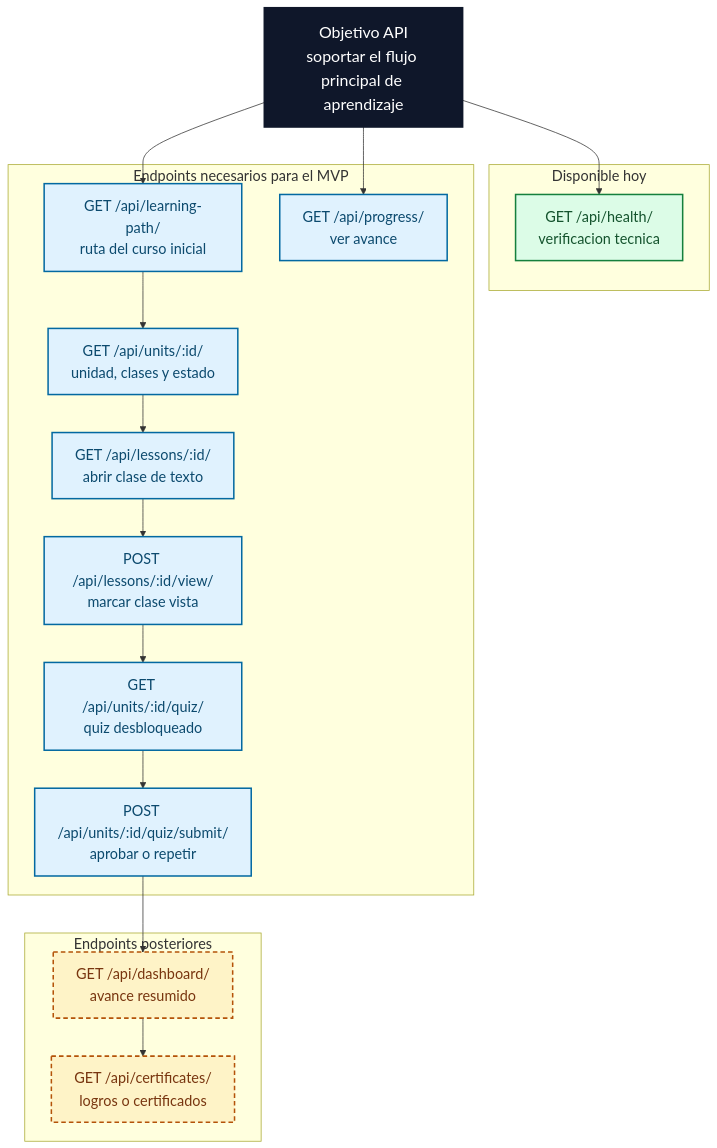
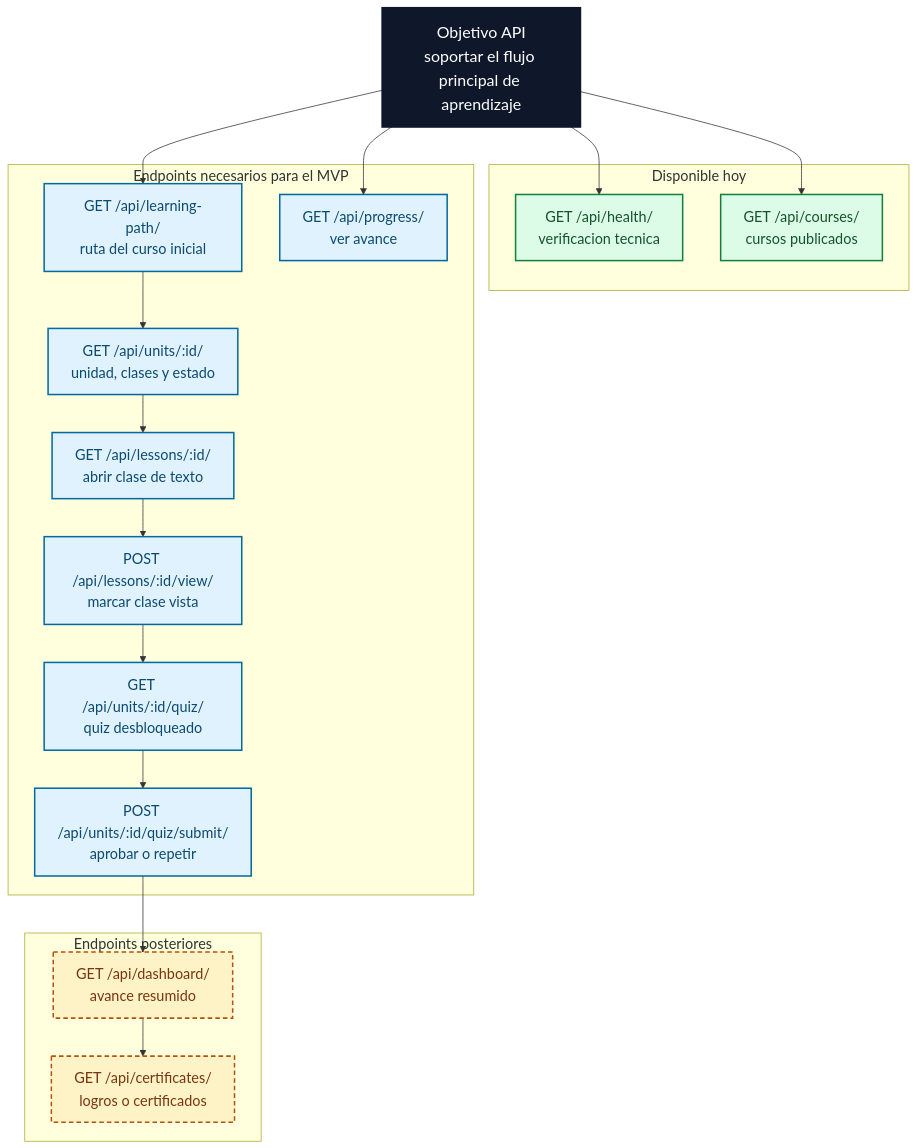
Before and after one commit to fcamusr/portafolio-e-learning-teologia: the fourth of 4 diagrams in docs/api/DIAGRAMS.md, drawn with Mermaid. The commit also changed other lines of this file and 34 other files, not shown here.

First line of the commit message:
feat: exponer cursos publicados y alinear documentacion

````diff
--- a/docs/api/DIAGRAMS.md
+++ b/docs/api/DIAGRAMS.md
@@ -115,39 +115,41 @@
 ```mermaid
 %%{init: {"themeVariables": {"fontSize": "19px", "fontFamily": "Arial"}}}%%
 flowchart TD
   Main["Objetivo API<br/>soportar el flujo principal de aprendizaje"]
 
   subgraph Current["Disponible hoy"]
     Health["GET /api/health/<br/>verificacion tecnica"]
+    Courses["GET /api/courses/<br/>cursos publicados"]
   end
 
   subgraph MVP["Endpoints necesarios para el MVP"]
     Path["GET /api/learning-path/<br/>ruta del curso inicial"]
     UnitDetail["GET /api/units/:id/<br/>unidad, clases y estado"]
     Lessons["GET /api/lessons/:id/<br/>abrir clase de texto"]
     ProgressRead["GET /api/progress/<br/>ver avance"]
     ProgressWrite["POST /api/lessons/:id/view/<br/>marcar clase vista"]
     QuizRead["GET /api/units/:id/quiz/<br/>quiz desbloqueado"]
     QuizSubmit["POST /api/units/:id/quiz/submit/<br/>aprobar o repetir"]
   end
 
   subgraph Future["Endpoints posteriores"]
     Dashboard["GET /api/dashboard/<br/>avance resumido"]
     Certificates["GET /api/certificates/<br/>logros o certificados"]
   end
 
   Main --> Health
+  Main --> Courses
   Main --> Path --> UnitDetail --> Lessons --> ProgressWrite --> QuizRead --> QuizSubmit
   Main --> ProgressRead
   QuizSubmit --> Dashboard --> Certificates
 
   classDef main fill:#0f172a,stroke:#0f172a,color:#ffffff,font-size:21px,stroke-width:3px
   classDef current fill:#dcfce7,stroke:#15803d,color:#14532d,font-size:19px,stroke-width:2px
   classDef mvp fill:#e0f2fe,stroke:#0369a1,color:#0c4a6e,font-size:19px,stroke-width:2px
   classDef future fill:#fef3c7,stroke:#b45309,color:#78350f,font-size:19px,stroke-width:2px,stroke-dasharray: 6 4
 
   class Main main
-  class Health current
+  class Health,Courses current
   class Path,UnitDetail,Lessons,ProgressRead,ProgressWrite,QuizRead,QuizSubmit mvp
   class Dashboard,Certificates future
 ```
````
